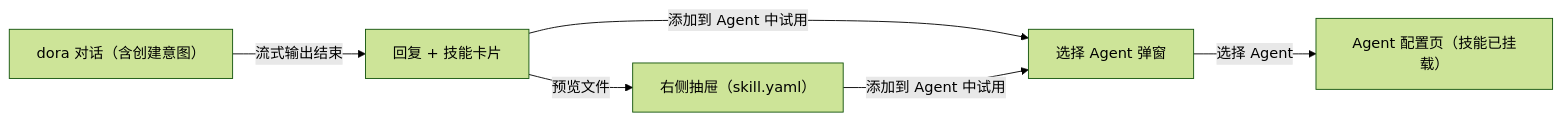
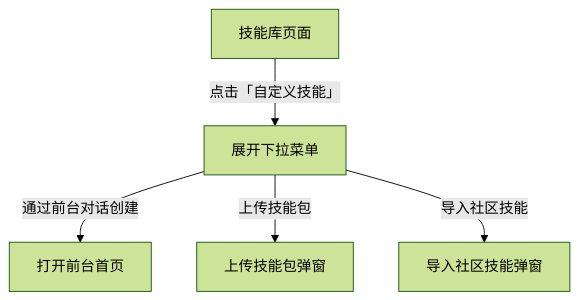
Before and after one commit to zui-luo/dorauxdemo: the fourth of 9 diagrams in custom-skill-entry/interaction-spec.md, drawn with Mermaid (forest theme). The commit also changed other lines of this file and 14 other files, not shown here.

````diff
--- a/custom-skill-entry/interaction-spec.md
+++ b/custom-skill-entry/interaction-spec.md
@@ -61,8 +87,7 @@
 ```mermaid
-flowchart LR
-    A["dora 对话（含创建意图）"] -->|"流式输出结束"| B["回复 + 技能卡片"]
-    B -->|"添加到 Agent 中试用"| C["选择 Agent 弹窗"]
-    C -->|"选择 Agent"| D["Agent 配置页（技能已挂载）"]
-    B -->|"预览文件"| E["右侧抽屉（skill.yaml）"]
-    E -->|"添加到 Agent 中试用"| C
+flowchart TD
+    A["技能库页面"] -->|点击「自定义技能」| B["展开下拉菜单"]
+    B -->|通过前台对话创建| C["打开前台首页"]
+    B -->|上传技能包| D["上传技能包弹窗"]
+    B -->|导入社区技能| E["导入社区技能弹窗"]
 ```
````
